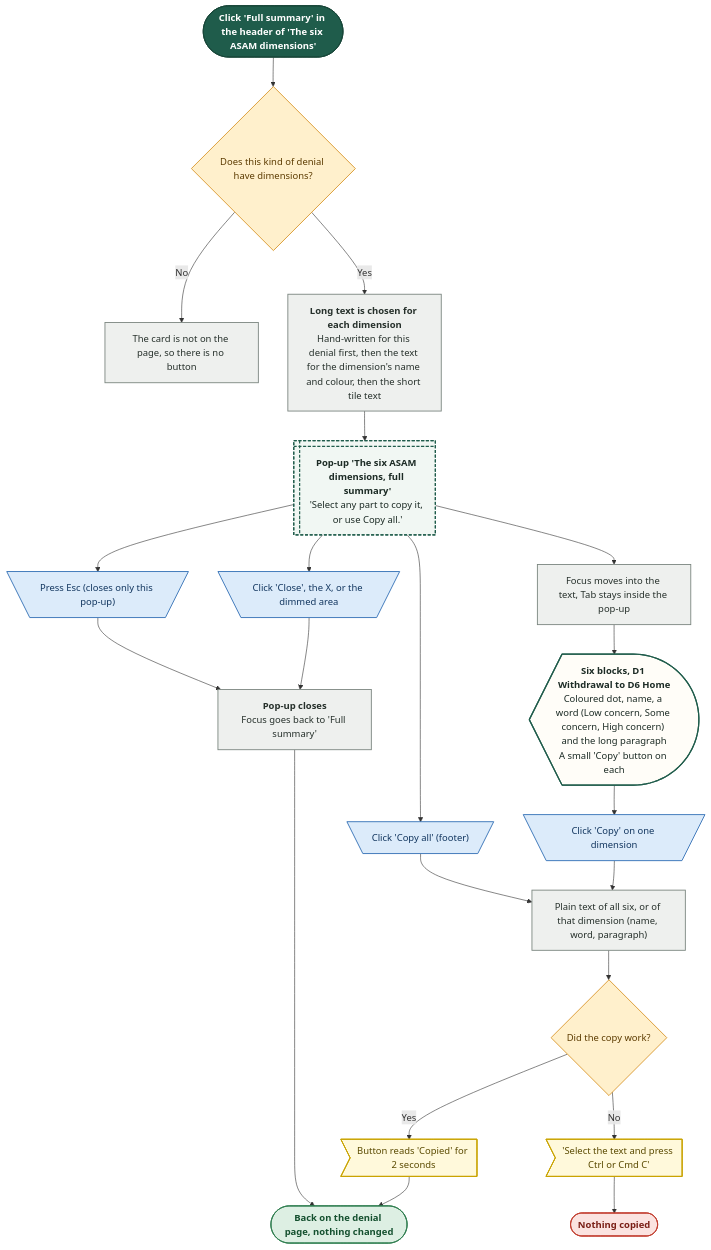
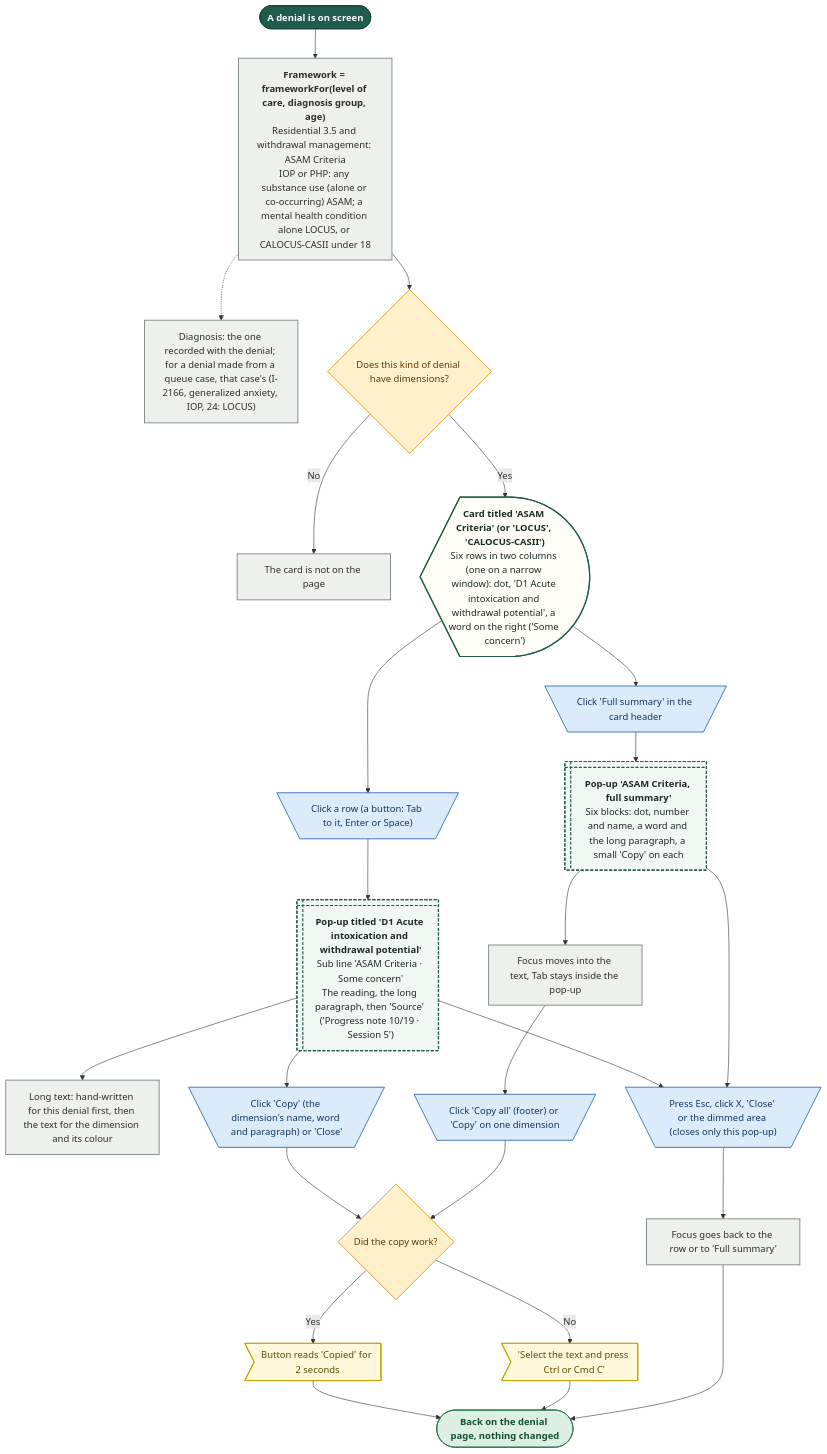
Before and after one commit to Shrav143/psyfloapp: the tenth of 28 diagrams in demos/prior-auth-demo/workflows/out/md/06-denials.md, drawn with Mermaid. The commit also changed other lines of this file and 202 other files, not shown here.

First line of the commit message:
docs: round 6 README, CONVENTIONS, spec section 17, diagram module blurbs and 336 rebuilt diagrams

````diff
--- a/demos/prior-auth-demo/workflows/out/md/06-denials.md
+++ b/demos/prior-auth-demo/workflows/out/md/06-denials.md
@@ -796,58 +674,59 @@
 ```mermaid
 %%{init: {"theme":"base","themeVariables":{"fontFamily":"'DM Sans', 'Segoe UI', system-ui, sans-serif","fontSize":"15px","lineColor":"#5B6B63","primaryTextColor":"#1C2B25","clusterBkg":"#FBF8F3","clusterBorder":"#D9CDBB","edgeLabelBackground":"#FFFFFF"},"flowchart":{"curve":"basis","nodeSpacing":36,"rankSpacing":48,"padding":12,"htmlLabels":true,"useMaxWidth":false,"wrappingWidth":230}} }%%
 flowchart TD
   classDef k_start fill:#1F5C4B,stroke:#174638,color:#FFFFFF,stroke-width:1.5px,font-weight:600
   classDef k_end fill:#DDEFE3,stroke:#2E7D4F,color:#14502F,stroke-width:1.5px,font-weight:600
   classDef k_endx fill:#FBE3E0,stroke:#C0392B,color:#7A1F16,stroke-width:1.5px,font-weight:600
   classDef k_screen fill:#FFFDF8,stroke:#1F5C4B,color:#1C2B25,stroke-width:2px
   classDef k_overlay fill:#F1F7F3,stroke:#1F5C4B,color:#1C2B25,stroke-width:2px,stroke-dasharray:5 3
   classDef k_click fill:#DCEBFA,stroke:#2F6DB5,color:#12365F,stroke-width:1.5px
   classDef k_input fill:#E4E7FF,stroke:#4C5FD5,color:#1D2670,stroke-width:1.5px
   classDef k_process fill:#EEF0EE,stroke:#7A857F,color:#26302B,stroke-width:1.5px
   classDef k_agent fill:#EEE5FA,stroke:#7A4FC2,color:#341A63,stroke-width:1.5px
   classDef k_decision fill:#FFF0CC,stroke:#D9962B,color:#5C3B00,stroke-width:1.5px
   classDef k_store fill:#D5F0EA,stroke:#1C8E7B,color:#0B4A3F,stroke-width:1.5px
   classDef k_doc fill:#F6E9DC,stroke:#B07A4C,color:#4A2E14,stroke-width:1.5px
   classDef k_ext fill:#FFE6D2,stroke:#E07B39,color:#6B2F06,stroke-width:1.5px
   classDef k_wait fill:#E4E8EE,stroke:#6B7C93,color:#26303D,stroke-width:1.5px
   classDef k_toast fill:#FFF9DB,stroke:#C9A400,color:#5A4A00,stroke-width:1.5px
   classDef k_goto fill:#FFFFFF,stroke:#1F5C4B,color:#1F5C4B,stroke-width:1.5px,stroke-dasharray:5 3
-  s1@{ shape: stadium, label: "Click 'Full summary' in the header of 'The six ASAM dimensions'" }
+  s0@{ shape: stadium, label: "A denial is on screen" }
+  pfw@{ shape: rect, label: "<b>Framework = frameworkFor(level of care, diagnosis group, age)</b><br/>Residential 3.5 and withdrawal management: ASAM Criteria<br/>IOP or PHP: any substance use (alone or co-occurring) ASAM; a mental health condition alone LOCUS, or CALOCUS-CASII under 18" }
+  pdx@{ shape: rect, label: "Diagnosis: the one recorded with the denial; for a denial made from a queue case, that case's (I-2166, generalized anxiety, IOP, 24: LOCUS)" }
   d0@{ shape: diam, label: "Does this kind of denial have dimensions?" }
-  p9@{ shape: rect, label: "The card is not on the page, so there is no button" }
-  p0@{ shape: rect, label: "<b>Long text is chosen for each dimension</b><br/>Hand-written for this denial first, then the text for the dimension's name and colour, then the short tile text" }
-  o1@{ shape: win-pane, label: "<b>Pop-up 'The six ASAM dimensions, full summary'</b><br/>'Select any part to copy it, or use Copy all.'" }
+  p9@{ shape: rect, label: "The card is not on the page" }
+  cd@{ shape: curv-trap, label: "<b>Card titled 'ASAM Criteria' (or 'LOCUS', 'CALOCUS-CASII')</b><br/>Six rows in two columns (one on a narrow window): dot, 'D1 Acute intoxication and withdrawal potential', a word on the right ('Some concern')" }
+  r1@{ shape: trap-t, label: "Click a row (a button: Tab to it, Enter or Space)" }
+  m1@{ shape: win-pane, label: "<b>Pop-up titled 'D1 Acute intoxication and withdrawal potential'</b><br/>Sub line 'ASAM Criteria · Some concern'<br/>The reading, the long paragraph, then 'Source' ('Progress note 10/19 · Session 5')" }
+  pl@{ shape: rect, label: "Long text: hand-written for this denial first, then the text for the dimension and its colour" }
+  mc@{ shape: trap-t, label: "Click 'Copy' (the dimension's name, word and paragraph) or 'Close'" }
+  s1@{ shape: trap-t, label: "Click 'Full summary' in the card header" }
+  o1@{ shape: win-pane, label: "<b>Pop-up 'ASAM Criteria, full summary'</b><br/>Six blocks: dot, number and name, a word and the long paragraph, a small 'Copy' on each" }
   p1@{ shape: rect, label: "Focus moves into the text, Tab stays inside the pop-up" }
-  l1@{ shape: curv-trap, label: "<b>Six blocks, D1 Withdrawal to D6 Home</b><br/>Coloured dot, name, a word (Low concern, Some concern, High concern) and the long paragraph<br/>A small 'Copy' button on each" }
-  c1@{ shape: trap-t, label: "Click 'Copy all' (footer)" }
-  c2@{ shape: trap-t, label: "Click 'Copy' on one dimension" }
-  p2@{ shape: rect, label: "Plain text of all six, or of that dimension (name, word, paragraph)" }
+  c1@{ shape: trap-t, label: "Click 'Copy all' (footer) or 'Copy' on one dimension" }
   d1@{ shape: diam, label: "Did the copy work?" }
   t1@{ shape: odd, label: "Button reads 'Copied' for 2 seconds" }
   t2@{ shape: odd, label: "'Select the text and press Ctrl or Cmd C'" }
-  c3@{ shape: trap-t, label: "Click 'Close', the X, or the dimmed area" }
-  c4@{ shape: trap-t, label: "Press Esc (closes only this pop-up)" }
-  p3@{ shape: rect, label: "<b>Pop-up closes</b><br/>Focus goes back to 'Full summary'" }
+  c4@{ shape: trap-t, label: "Press Esc, click X, 'Close' or the dimmed area (closes only this pop-up)" }
+  p3@{ shape: rect, label: "Focus goes back to the row or to 'Full summary'" }
   e1@{ shape: stadium, label: "Back on the denial page, nothing changed" }
-  e2@{ shape: stadium, label: "Nothing copied" }
-  s1 --> d0
+  s0 --> pfw --> d0
+  pfw -.-> pdx
   d0 -->|"No"| p9
-  d0 -->|"Yes"| p0 --> o1 --> p1 --> l1
-  l1 --> c2 --> p2
-  o1 --> c1 --> p2
-  p2 --> d1
+  d0 -->|"Yes"| cd
+  cd --> r1 --> m1 --> pl
+  m1 --> mc --> d1
+  cd --> s1 --> o1 --> p1 --> c1 --> d1
   d1 -->|"Yes"| t1 --> e1
-  d1 -->|"No"| t2 --> e2
-  o1 --> c3 --> p3
-  o1 --> c4 --> p3
-  p3 --> e1
-  class s1 k_start
+  d1 -->|"No"| t2 --> e1
+  m1 --> c4
+  o1 --> c4 --> p3 --> e1
+  class s0 k_start
+  class pfw,pdx,p9,pl,p1,p3 k_process
   class d0,d1 k_decision
-  class p9,p0,p1,p2,p3 k_process
-  class o1 k_overlay
-  class l1 k_screen
-  class c1,c2,c3,c4 k_click
+  class cd k_screen
+  class r1,mc,s1,c1,c4 k_click
+  class m1,o1 k_overlay
   class t1,t2 k_toast
   class e1 k_end
-  class e2 k_endx
 ```
````
